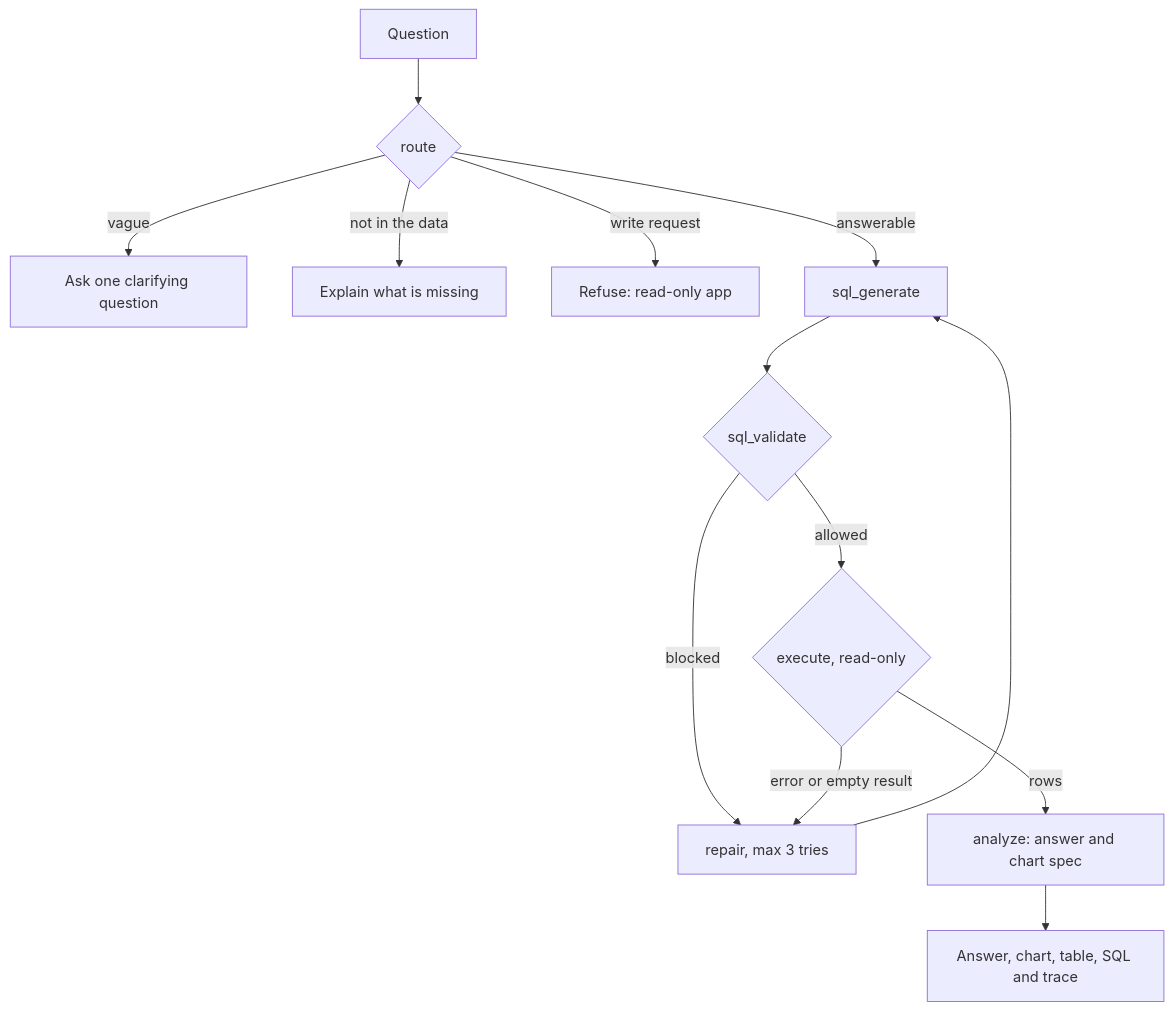
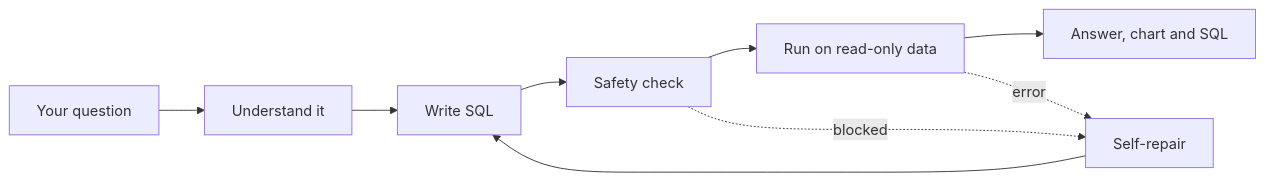
Before and after one commit to punit857/sql-analyst-agent: the diagram in README.md, drawn with Mermaid. The commit also changed other lines of this file and 1 other file, not shown here.

````diff
--- a/README.md
+++ b/README.md
@@ -58,15 +55,11 @@
 ```mermaid
-flowchart TD
-    Q["Question"] --> R{"route"}
-    R -->|"vague"| CL["Ask one clarifying question"]
-    R -->|"not in the data"| NO["Explain what is missing"]
-    R -->|"write request"| RF["Refuse: read-only app"]
-    R -->|"answerable"| G["sql_generate"]
-    G --> V{"sql_validate"}
-    V -->|"blocked"| RP["repair, max 3 tries"]
-    V -->|"allowed"| E{"execute, read-only"}
-    E -->|"error or empty result"| RP
-    RP --> G
-    E -->|"rows"| A["analyze: answer and chart spec"]
-    A --> F["Answer, chart, table, SQL and trace"]
+flowchart LR
+    A["Your question"] --> B["Understand it"]
+    B --> C["Write SQL"]
+    C --> D["Safety check"]
+    D --> E["Run on read-only data"]
+    E --> F["Answer, chart and SQL"]
+    E -. "error" .-> G["Self-repair"]
+    D -. "blocked" .-> G
+    G --> C
 ```
````
